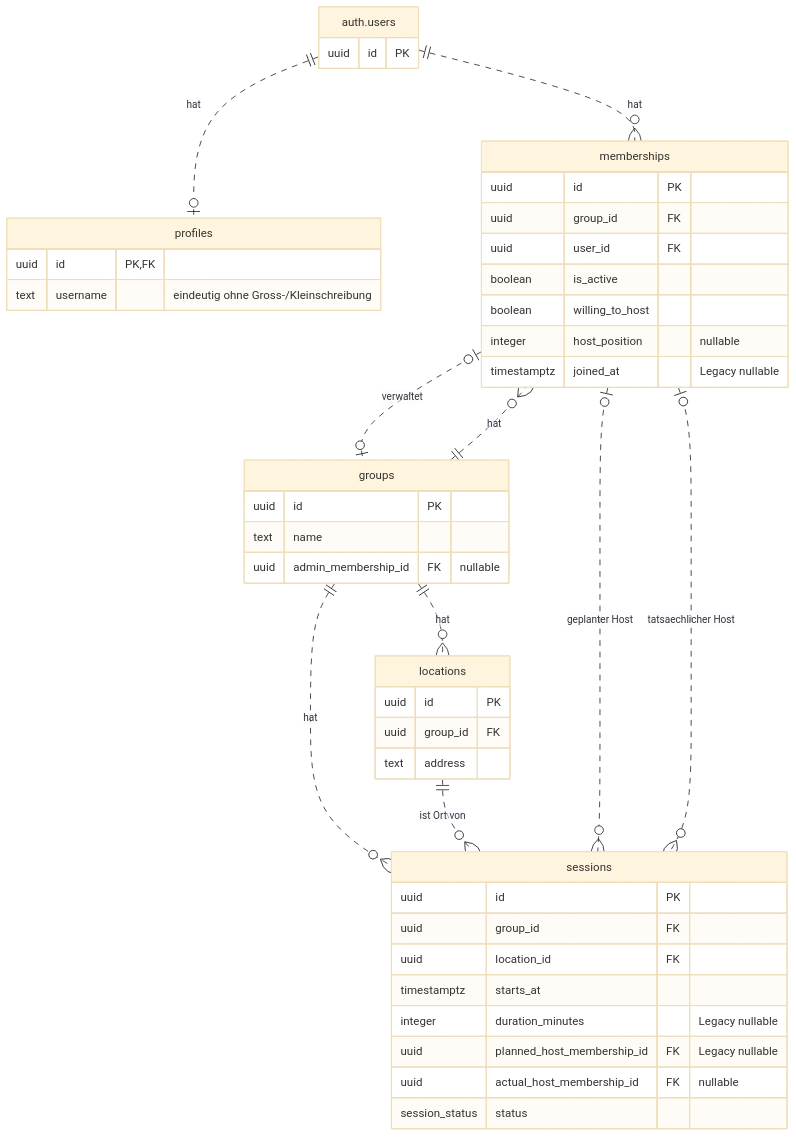
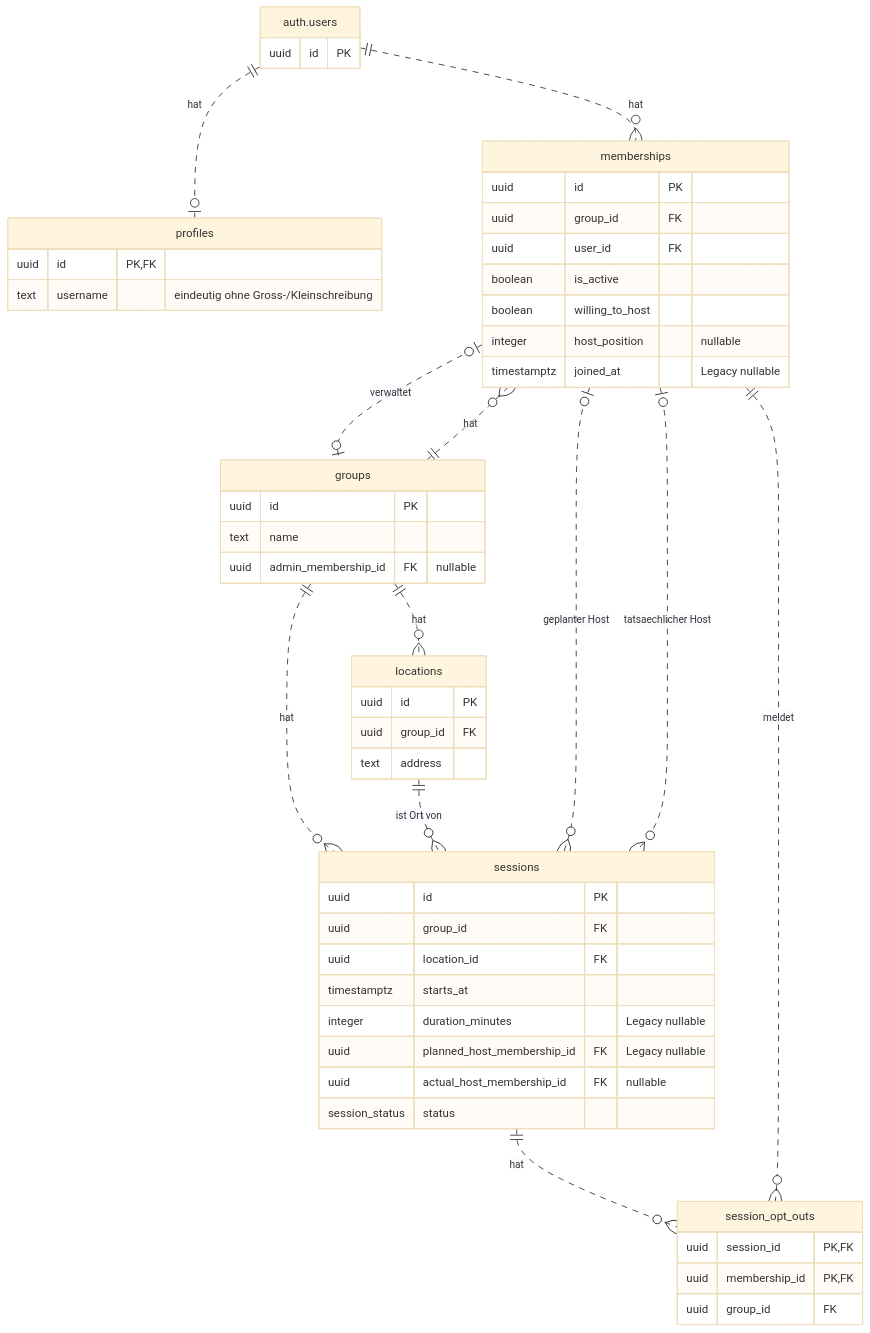
One commit to martianmaikel/DLBCSEMSE02_D_Board_Gamer changed the diagram in docs/datenmodell.md. Above: the diagram before and after it, drawn with Mermaid (base theme). The commit also changed other lines of this file and 9 other files, not shown here.

Commit message:
feat(model): add session participation opt-outs

````diff
--- a/docs/datenmodell.md
+++ b/docs/datenmodell.md
@@ -11,54 +11,62 @@
 ```mermaid
 erDiagram
     "auth.users" ||..o| profiles : hat
     "auth.users" ||..o{ memberships : hat
     groups ||..o{ memberships : hat
     groups ||..o{ locations : hat
     groups ||..o{ sessions : hat
     locations ||..o{ sessions : "ist Ort von"
     memberships |o..o| groups : verwaltet
     memberships |o..o{ sessions : "geplanter Host"
     memberships |o..o{ sessions : "tatsaechlicher Host"
+    sessions ||..o{ session_opt_outs : hat
+    memberships ||..o{ session_opt_outs : meldet
 
     "auth.users" {
         uuid id PK
     }
 
     profiles {
         uuid id PK,FK
         text username "eindeutig ohne Gross-/Kleinschreibung"
     }
 
     groups {
         uuid id PK
         text name
         uuid admin_membership_id FK "nullable"
     }
 
     memberships {
         uuid id PK
         uuid group_id FK
         uuid user_id FK
         boolean is_active
         boolean willing_to_host
         integer host_position "nullable"
         timestamptz joined_at "Legacy nullable"
     }
 
     locations {
         uuid id PK
         uuid group_id FK
         text address
     }
 
     sessions {
         uuid id PK
         uuid group_id FK
         uuid location_id FK
         timestamptz starts_at
         integer duration_minutes "Legacy nullable"
         uuid planned_host_membership_id FK "Legacy nullable"
         uuid actual_host_membership_id FK "nullable"
         session_status status
     }
+
+    session_opt_outs {
+        uuid session_id PK,FK
+        uuid membership_id PK,FK
+        uuid group_id FK
+    }
 ```
````
